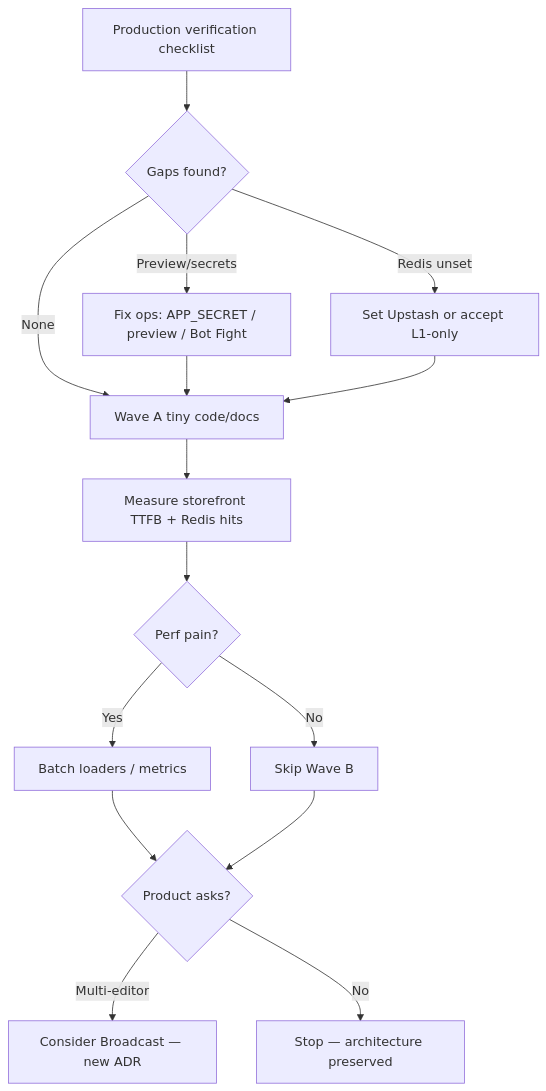
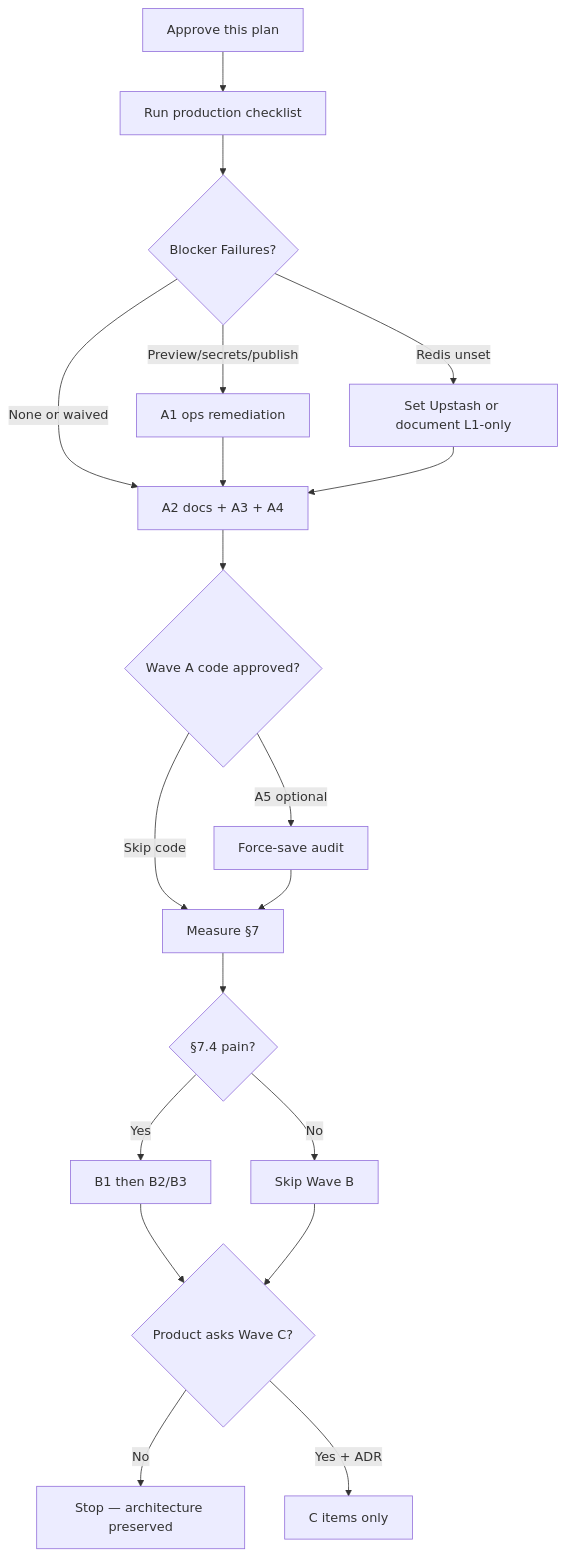
Before and after one commit to satishdev070-tech/newpictocart: the diagram in docs/IMPLEMENTATION_EXECUTION_PLAN.md, drawn with Mermaid. The commit also changed other lines of this file and 2 other files, not shown here.

First line of the commit message:
docs: consistency review for theme execution plan and checklist

````diff
--- a/docs/IMPLEMENTATION_EXECUTION_PLAN.md
+++ b/docs/IMPLEMENTATION_EXECUTION_PLAN.md
@@ -230,17 +340,21 @@
 ```mermaid
 flowchart TD
-  V[Production verification checklist] --> D{Gaps found?}
-  D -->|Preview/secrets| A1[Fix ops: APP_SECRET / preview / Bot Fight]
-  D -->|Redis unset| A1b[Set Upstash or accept L1-only]
-  D -->|None| A2[Wave A tiny code/docs]
-  A1 --> A2
-  A1b --> A2
-  A2 --> M[Measure storefront TTFB + Redis hits]
-  M --> B{Perf pain?}
-  B -->|Yes| WaveB[Batch loaders / metrics]
+  Approve[Approve this plan] --> V[Run production checklist]
+  V --> D{Blocker Failures?}
+  D -->|Preview/secrets/publish| A1[A1 ops remediation]
+  D -->|Redis unset| A1b[Set Upstash or document L1-only]
+  D -->|None or waived| DocsA[A2 docs + A3 + A4]
+  A1 --> DocsA
+  A1b --> DocsA
+  DocsA --> CodeGate{Wave A code approved?}
+  CodeGate -->|A5 optional| A5[Force-save audit]
+  CodeGate -->|Skip code| M[Measure §7]
+  A5 --> M
+  M --> B{§7.4 pain?}
+  B -->|Yes| WaveB[B1 then B2/B3]
   B -->|No| SkipB[Skip Wave B]
-  WaveB --> C{Product asks?}
+  WaveB --> C{Product asks Wave C?}
   SkipB --> C
-  C -->|Multi-editor| RealtimeConsider[Consider Broadcast — new ADR]
   C -->|No| Stop[Stop — architecture preserved]
+  C -->|Yes + ADR| WaveC[C items only]
 ```
````
